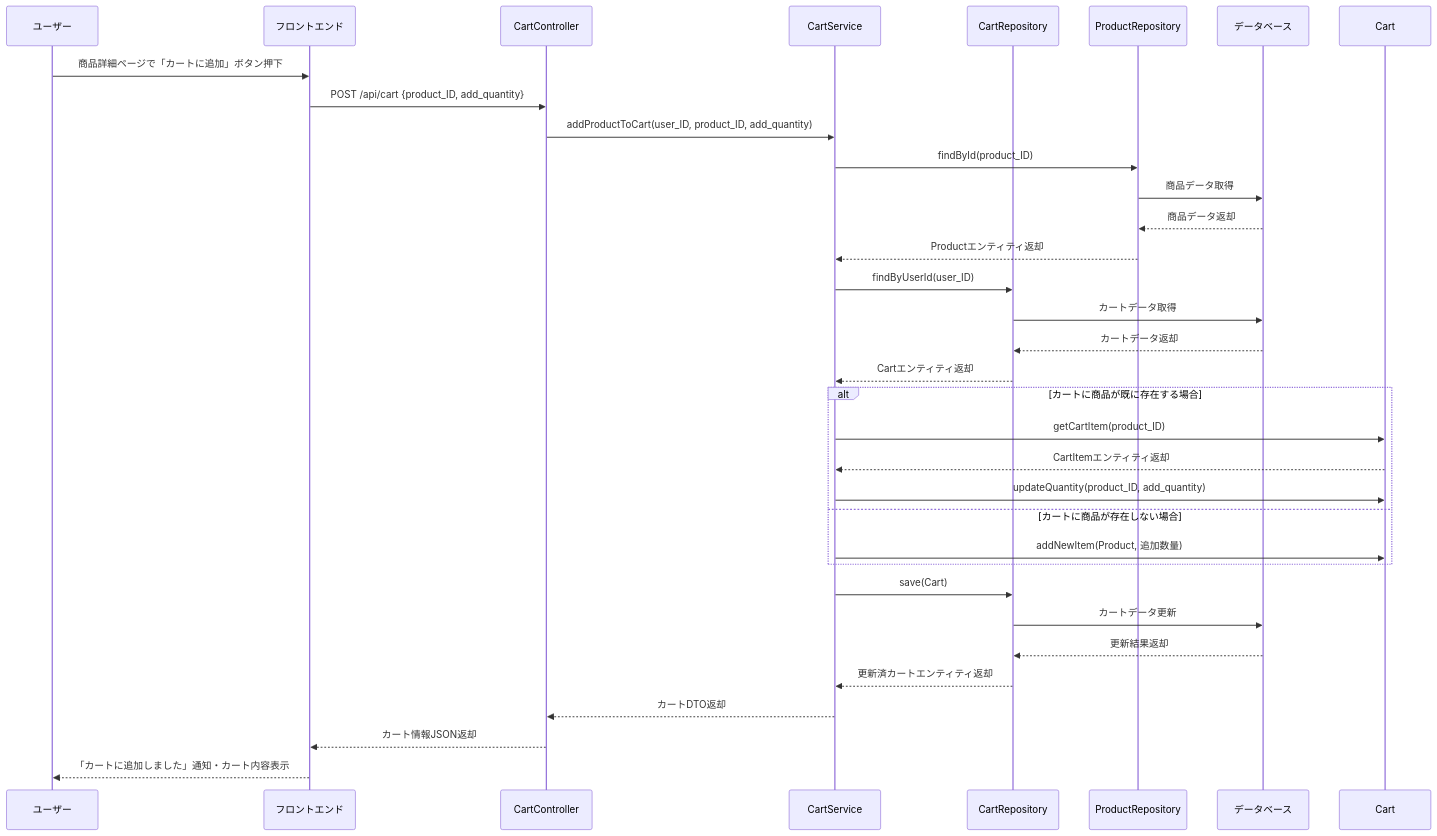
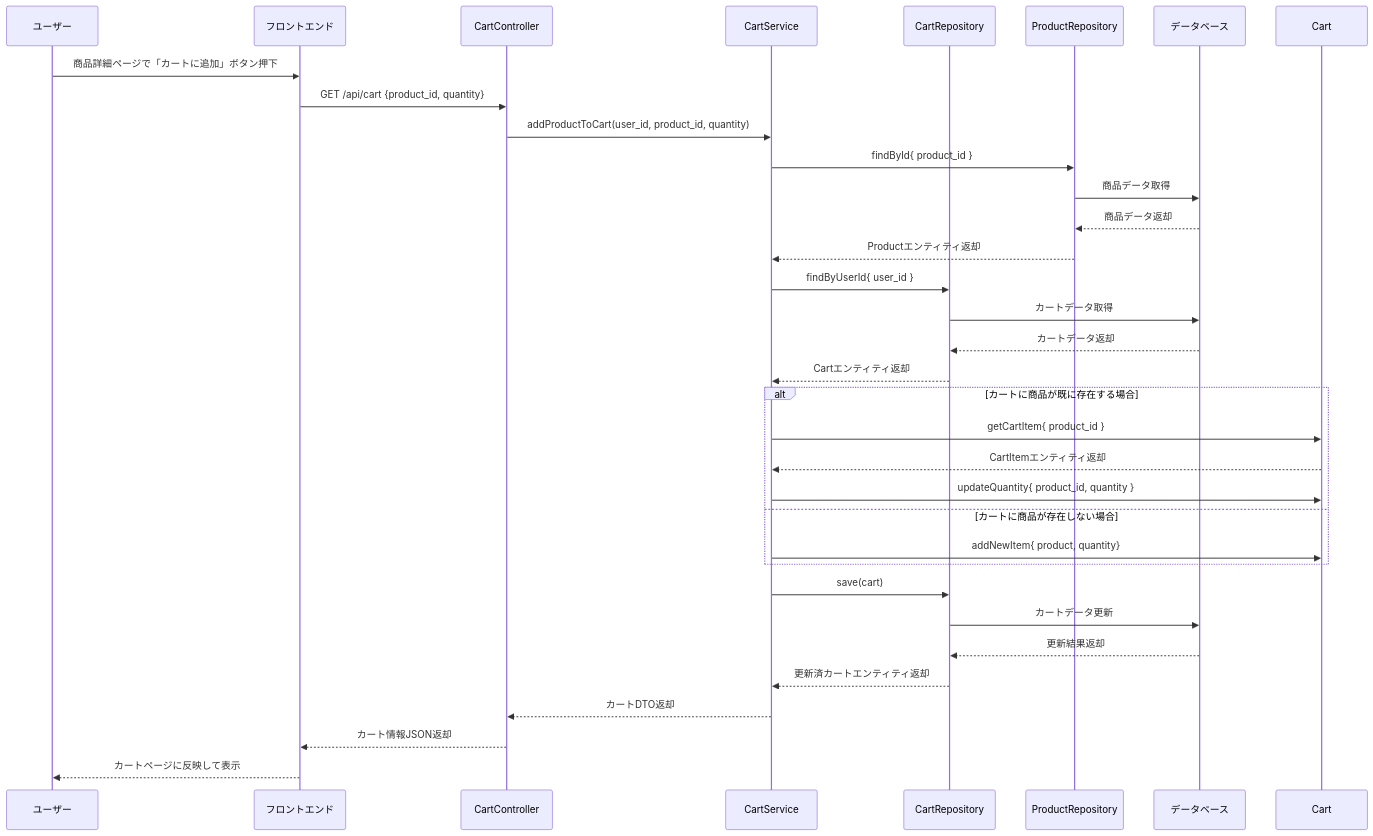
The fifth of 29 diagrams in 詳細設計/担当B_村田/3.2 機能詳細.md (Aoi-Yaegashi/teamF), drawn with Mermaid before and after one commit. The commit also changed other lines of this file and 1 other file, not shown here.

```diff
--- a/詳細設計/担当B_村田/3.2 機能詳細.md
+++ b/詳細設計/担当B_村田/3.2 機能詳細.md
@@ -136,36 +136,36 @@
 <div class="mermaid">
 sequenceDiagram
     participant User as ユーザー
     participant Browser as フロントエンド
     participant CartController as CartController
     participant CartService as CartService
     participant CartRepo as CartRepository
     participant ProductRepo as ProductRepository
     participant DB as データベース
 
     User->>Browser: 商品詳細ページで「カートに追加」ボタン押下
-    Browser->>CartController: POST /api/cart {product_ID, add_quantity}
-    CartController->>CartService: addProductToCart(user_ID, product_ID, add_quantity)
-    CartService->>ProductRepo: findById(product_ID)
+    Browser->>CartController: GET /api/cart {product_id, quantity}
+    CartController->>CartService: addProductToCart(user_id, product_id, quantity)
+    CartService->>ProductRepo: findById{ product_id }
     ProductRepo->>DB: 商品データ取得
     DB-->>ProductRepo: 商品データ返却
     ProductRepo-->>CartService: Productエンティティ返却
-    CartService->>CartRepo: findByUserId(user_ID)
+    CartService->>CartRepo: findByUserId{ user_id }
     CartRepo->>DB: カートデータ取得
     DB-->>CartRepo: カートデータ返却
     CartRepo-->>CartService: Cartエンティティ返却
     alt カートに商品が既に存在する場合
-        CartService->>Cart: getCartItem(product_ID)
+        CartService->>Cart: getCartItem{ product_id }
         Cart-->>CartService: CartItemエンティティ返却
-        CartService->>Cart: updateQuantity(product_ID, add_quantity)
+        CartService->>Cart: updateQuantity{ product_id, quantity }
     else カートに商品が存在しない場合
-        CartService->>Cart: addNewItem(Product, 追加数量)
+        CartService->>Cart: addNewItem{ product, quantity}
     end
-    CartService->>CartRepo: save(Cart)
+    CartService->>CartRepo: save(cart)
     CartRepo->>DB: カートデータ更新
     DB-->>CartRepo: 更新結果返却
     CartRepo-->>CartService: 更新済カートエンティティ返却
     CartService-->>CartController: カートDTO返却
     CartController-->>Browser: カート情報JSON返却
-    Browser-->>User: 「カートに追加しました」通知・カート内容表示
+    Browser-->>User: カートページに反映して表示
 </div>
```
